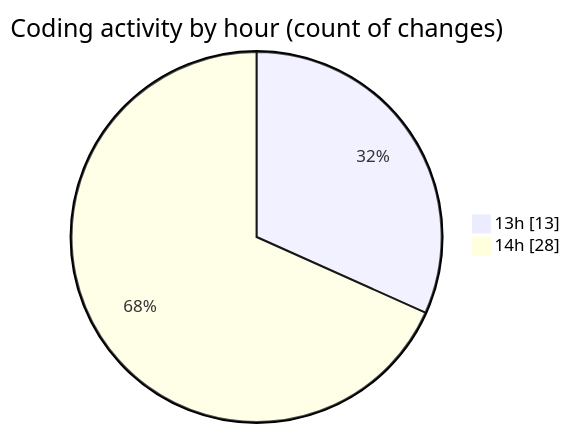
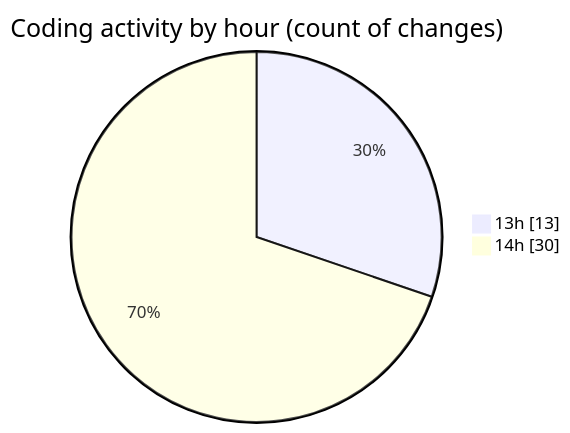
Before and after one commit to nxtqubesakshisongat/code-tracking: the second of 2 diagrams in 2025-06-05/nxtqube_webapp/README.md, drawn with Mermaid. The commit also changed other lines of this file and 1 other file, not shown here.

````diff
--- a/2025-06-05/nxtqube_webapp/README.md
+++ b/2025-06-05/nxtqube_webapp/README.md
@@ -29,6 +29,6 @@
 ```mermaid
 pie showData
 title Coding activity by hour (count of changes)
 "13h" : 13
-"14h" : 28
+"14h" : 30
 ```
````
